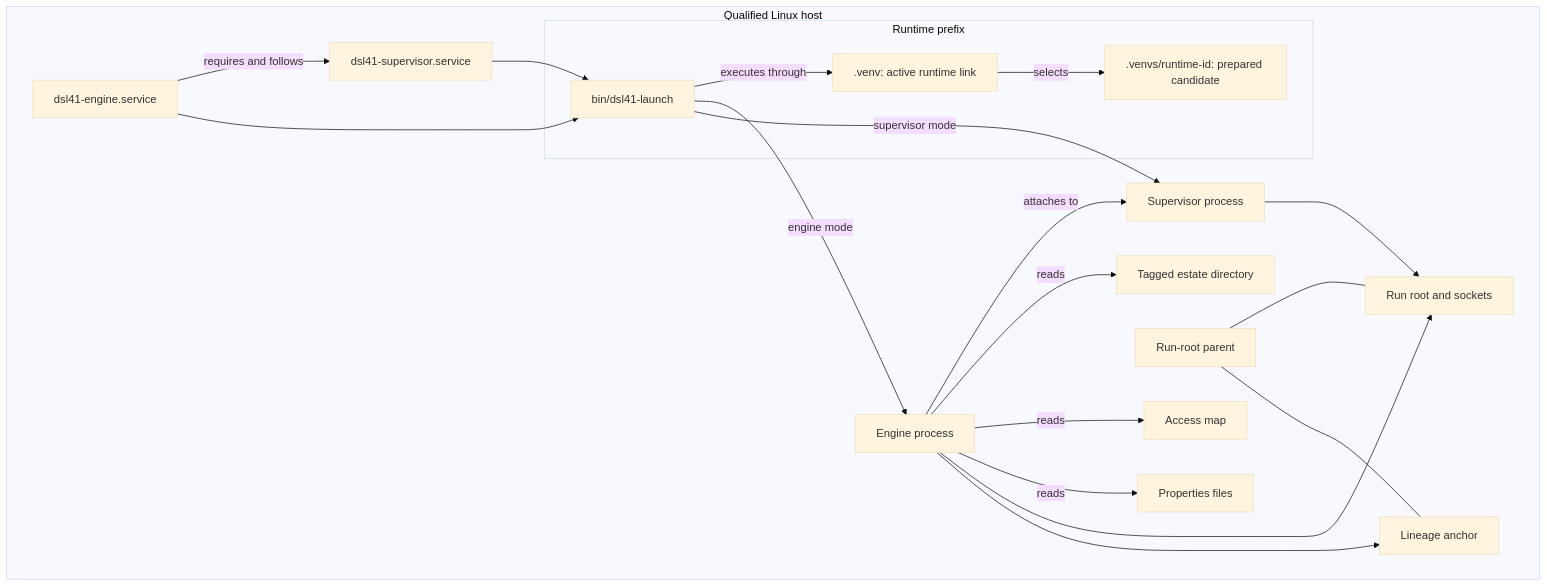
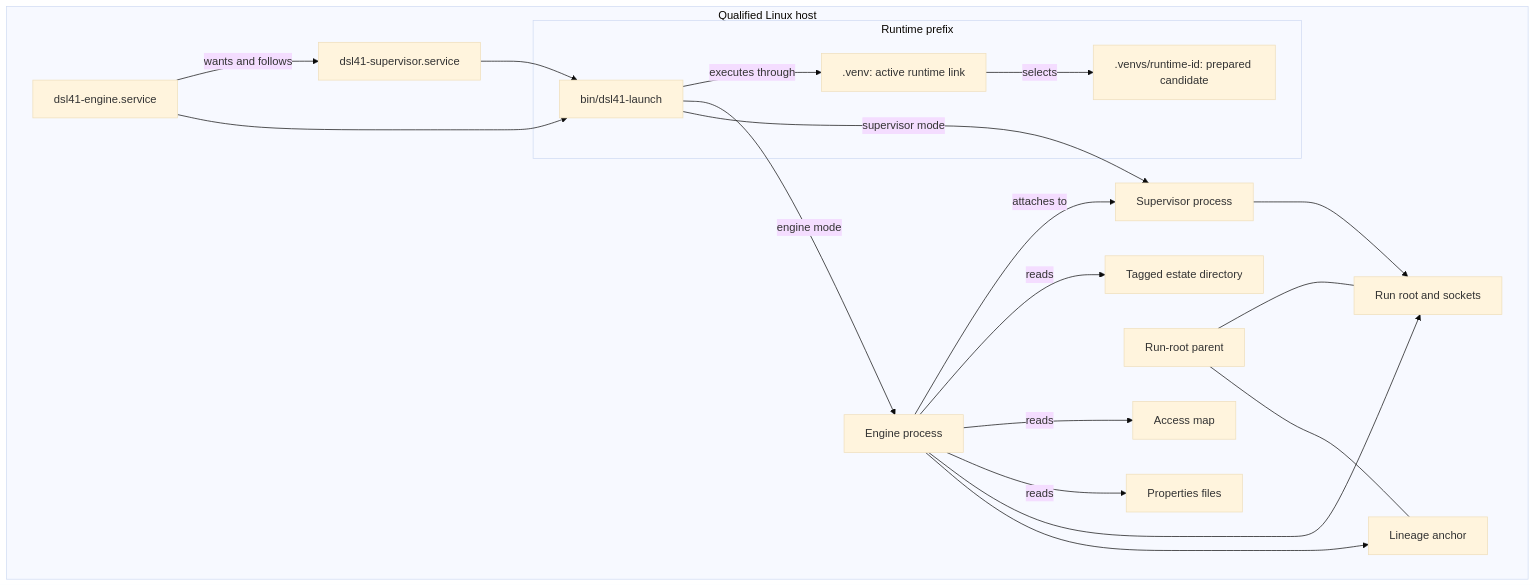
Before and after one commit to mrbald/dsl41: the diagram in docs/site-package.md, drawn with Mermaid (base theme). The commit also changed other lines of this file and 8 other files, not shown here.

````diff
--- a/docs/site-package.md
+++ b/docs/site-package.md
@@ -215,36 +217,36 @@
 ```mermaid
 flowchart TB
     subgraph host[Qualified Linux host]
         subgraph prefix[Runtime prefix]
             candidate[".venvs/runtime-id: prepared candidate"]
             active[".venv: active runtime link"]
             launcher["bin/dsl41-launch"]
             active -->|selects| candidate
             launcher -->|executes through| active
         end
         engine_unit["dsl41-engine.service"]
         supervisor_unit["dsl41-supervisor.service"]
         engine[Engine process]
         supervisor[Supervisor process]
         parent[Run-root parent]
         root[Run root and sockets]
         anchor[Lineage anchor]
         estate[Tagged estate directory]
         map[Access map]
         properties[Properties files]
-        engine_unit -->|requires and follows| supervisor_unit
+        engine_unit -->|wants and follows| supervisor_unit
         engine_unit --> launcher
         supervisor_unit --> launcher
         launcher -->|engine mode| engine
         launcher -->|supervisor mode| supervisor
         engine -->|attaches to| supervisor
         engine -->|reads| estate
         engine -->|reads| map
         engine -->|reads| properties
         parent --- root
         parent --- anchor
         engine --> root
         engine --> anchor
         supervisor --> root
     end
 ```
````
